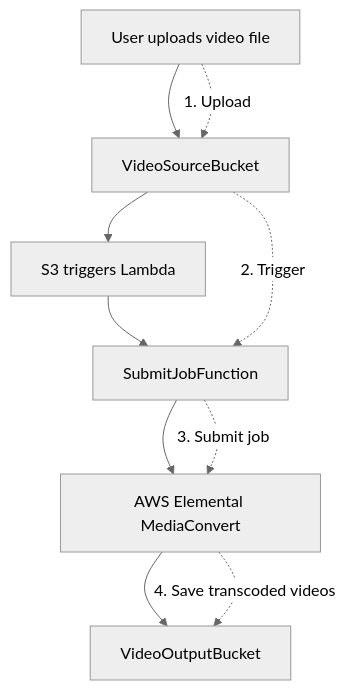
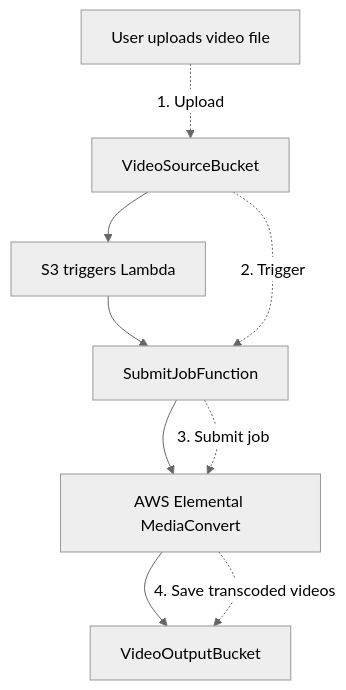
The diagram in README.md (chadkluck/serverless-video-converter), drawn with Mermaid (neutral theme) before and after one commit.

Commit message:
updated workflow diagram in readme

````diff
--- a/README.md
+++ b/README.md
@@ -28,13 +28,12 @@
 ```mermaid
 flowchart TD
-    A[User uploads video file] --> B[VideoSourceBucket]
+    A[User uploads video file] -.->|"1. Upload"| B[VideoSourceBucket]
     B --> C[S3 triggers Lambda]
     C --> D[SubmitJobFunction]
     D --> E[AWS Elemental MediaConvert]
     E --> F[VideoOutputBucket]
     
-    A -.->|"1. Upload"| B
     B -.->|"2. Trigger"| D
     D -.->|"3. Submit job"| E
     E -.->|"4. Save transcoded videos"| F
 ```
````
